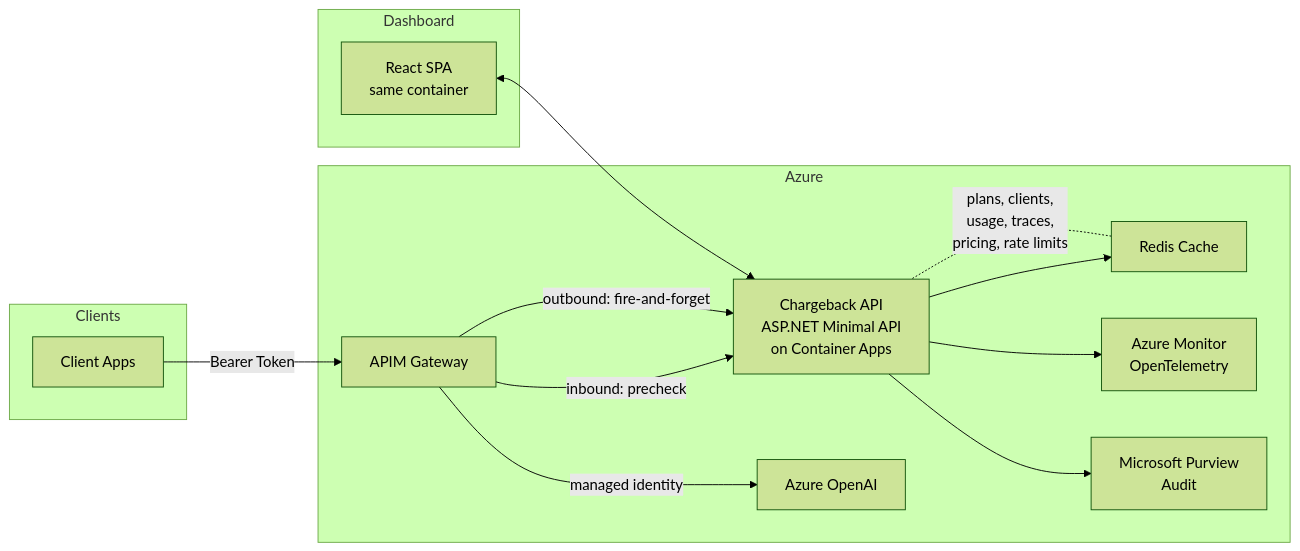
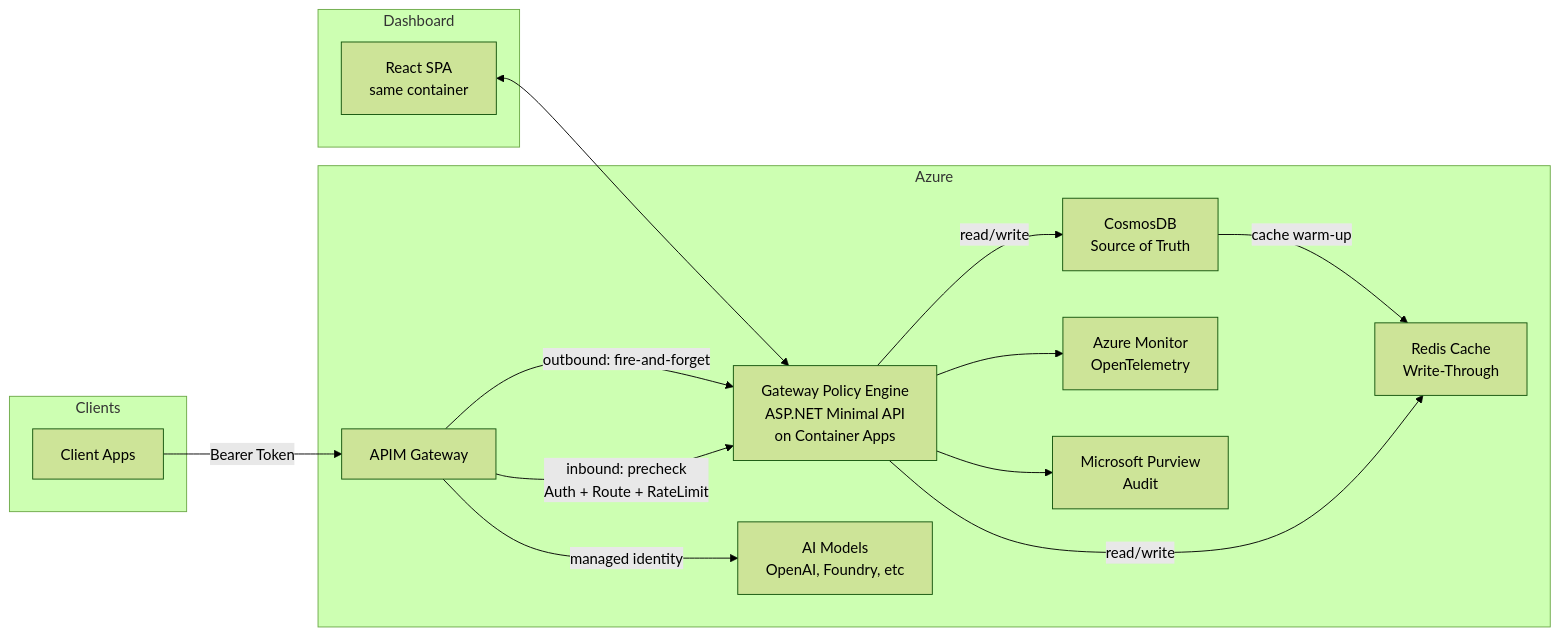
One commit to seiggy/ai-policy-engine changed the diagram in docs/ARCHITECTURE.md. Above: the diagram before and after it, drawn with Mermaid (forest theme). The commit also changed other lines of this file and 103 other files, not shown here.

First line of the commit message:
feat: Model routing, multiplier pricing, CosmosDB source of truth

````diff
--- a/docs/ARCHITECTURE.md
+++ b/docs/ARCHITECTURE.md
@@ -9,30 +9,31 @@
 ```mermaid
 graph LR
     subgraph Clients
         A[Client Apps]
     end
 
     subgraph Azure
         B[APIM Gateway]
-        C[Chargeback API<br/>ASP.NET Minimal API<br/>on Container Apps]
-        D[Azure OpenAI]
-        E[Redis Cache]
-        F[Azure Monitor<br/>OpenTelemetry]
-        G[Microsoft Purview<br/>Audit]
+        C[Gateway Policy Engine<br/>ASP.NET Minimal API<br/>on Container Apps]
+        D[AI Models<br/>OpenAI, Foundry, etc]
+        E[Redis Cache<br/>Write-Through]
+        F[CosmosDB<br/>Source of Truth]
+        G[Azure Monitor<br/>OpenTelemetry]
+        H[Microsoft Purview<br/>Audit]
     end
 
     subgraph Dashboard
-        H[React SPA<br/>same container]
+        I[React SPA<br/>same container]
     end
 
     A -- "Bearer Token" --> B
-    B -- "inbound: precheck" --> C
+    B -- "inbound: precheck<br/>Auth + Route + RateLimit" --> C
     B -- "managed identity" --> D
     B -- "outbound: fire-and-forget" --> C
-    C --> E
-    C --> F
+    C -- "read/write" --> E
+    C -- "read/write" --> F
+    F -- "cache warm-up" --> E
     C --> G
-    H <--> C
-
-    E -.- |"plans, clients,<br/>usage, traces,<br/>pricing, rate limits"| C
+    C --> H
+    I <--> C
 ```
````
